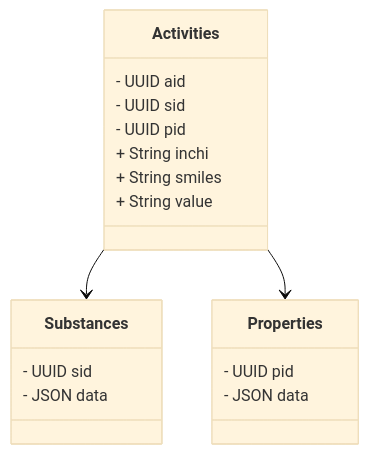
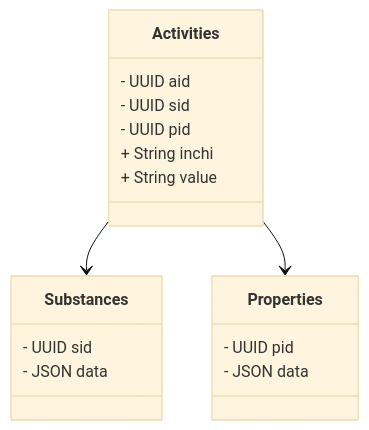
Before and after one commit to biobricks-ai/chemharmony: the diagram in README.md, drawn with Mermaid (base theme). The commit also changed 4 other files, not shown here.

````diff
--- a/README.md
+++ b/README.md
@@ -6,26 +6,25 @@
 ```mermaid
 classDiagram
 
     class Substances{
         - UUID sid
         - JSON data
     }
 
     class Properties{
         - UUID pid
         - JSON data
     }
 
     class Activities{
         - UUID aid 
         - UUID sid
         - UUID pid
         + String inchi
-        + String smiles
         + String value
     }
 
     Activities --> Substances
     Activities --> Properties
 
 ```
````
